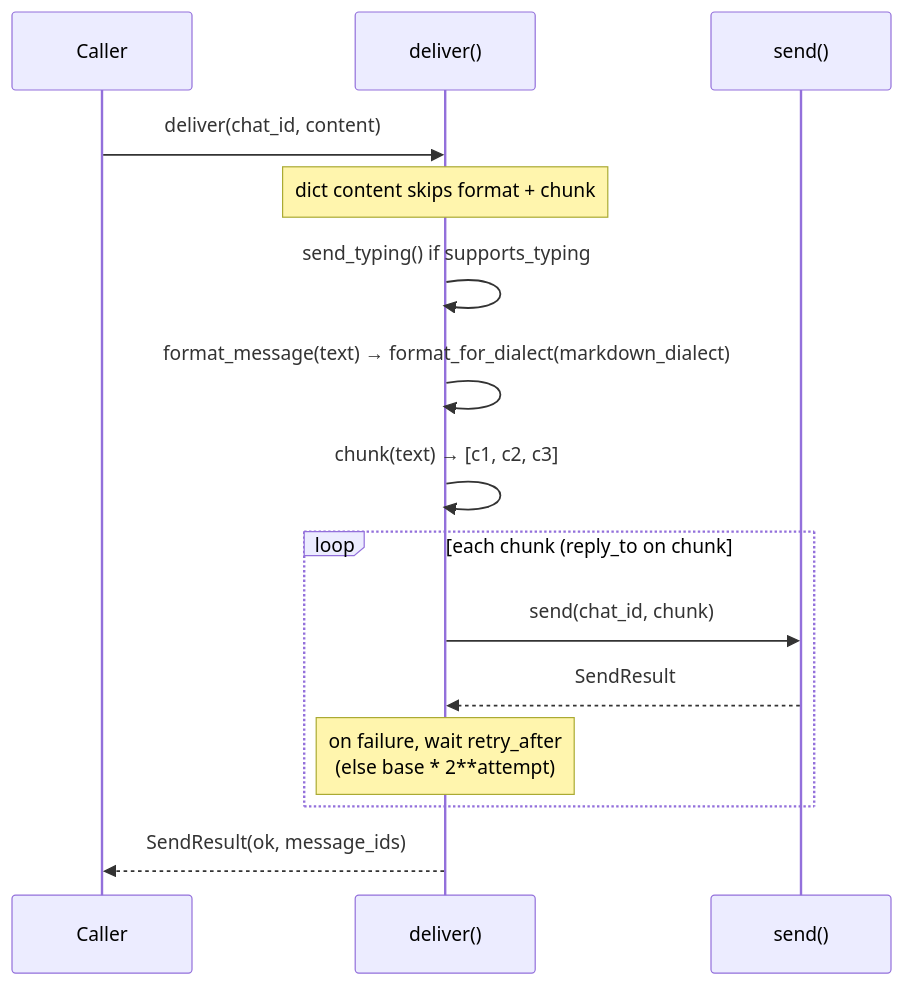
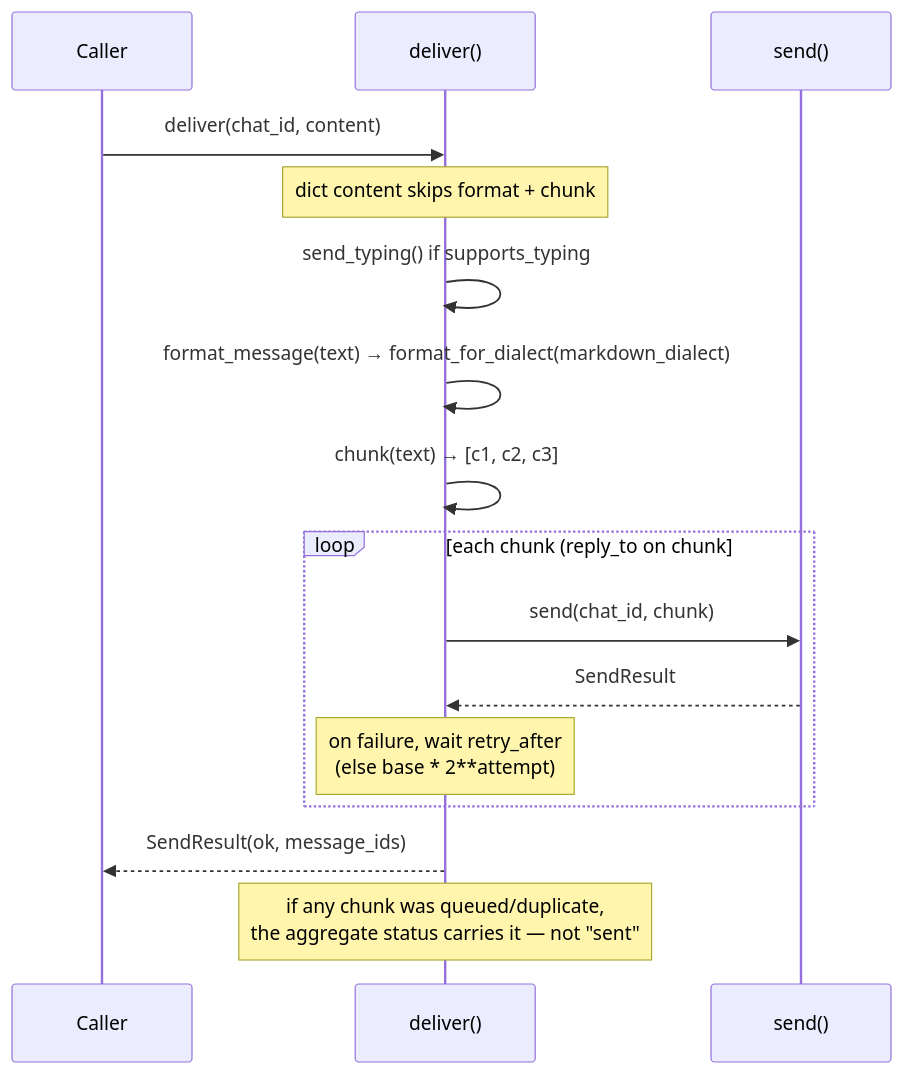
The second of 5 diagrams in docs/features/bot-platform-adapter.mdx (MervinPraison/PraisonAIDocs), drawn with Mermaid before and after one commit. The commit also changed other lines of this file and 4 other files, not shown here.

````diff
--- a/docs/features/bot-platform-adapter.mdx
+++ b/docs/features/bot-platform-adapter.mdx
@@ -124,18 +124,19 @@
 ```mermaid
 sequenceDiagram
     participant Caller
     participant Adapter as deliver()
     participant Send as send()
 
     Caller->>Adapter: deliver(chat_id, content)
     Note over Adapter: dict content skips format + chunk
     Adapter->>Adapter: send_typing() if supports_typing
     Adapter->>Adapter: format_message(text) → format_for_dialect(markdown_dialect)
     Adapter->>Adapter: chunk(text) → [c1, c2, c3]
     loop each chunk (reply_to on chunk #1 only)
         Adapter->>Send: send(chat_id, chunk)
         Send-->>Adapter: SendResult
         Note over Adapter: on failure, wait retry_after<br/>(else base * 2**attempt)
     end
     Adapter-->>Caller: SendResult(ok, message_ids)
+    Note over Adapter: if any chunk was queued/duplicate,<br/>the aggregate status carries it — not "sent"
 ```
````
